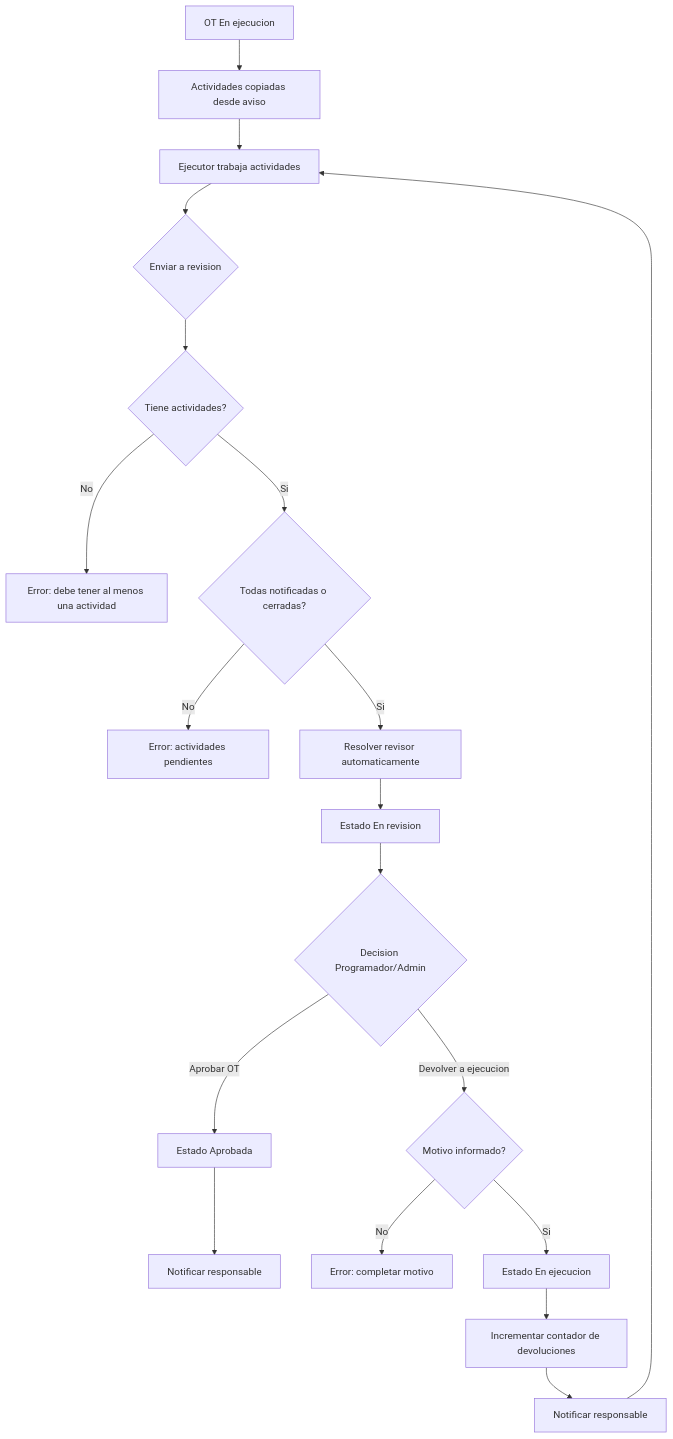
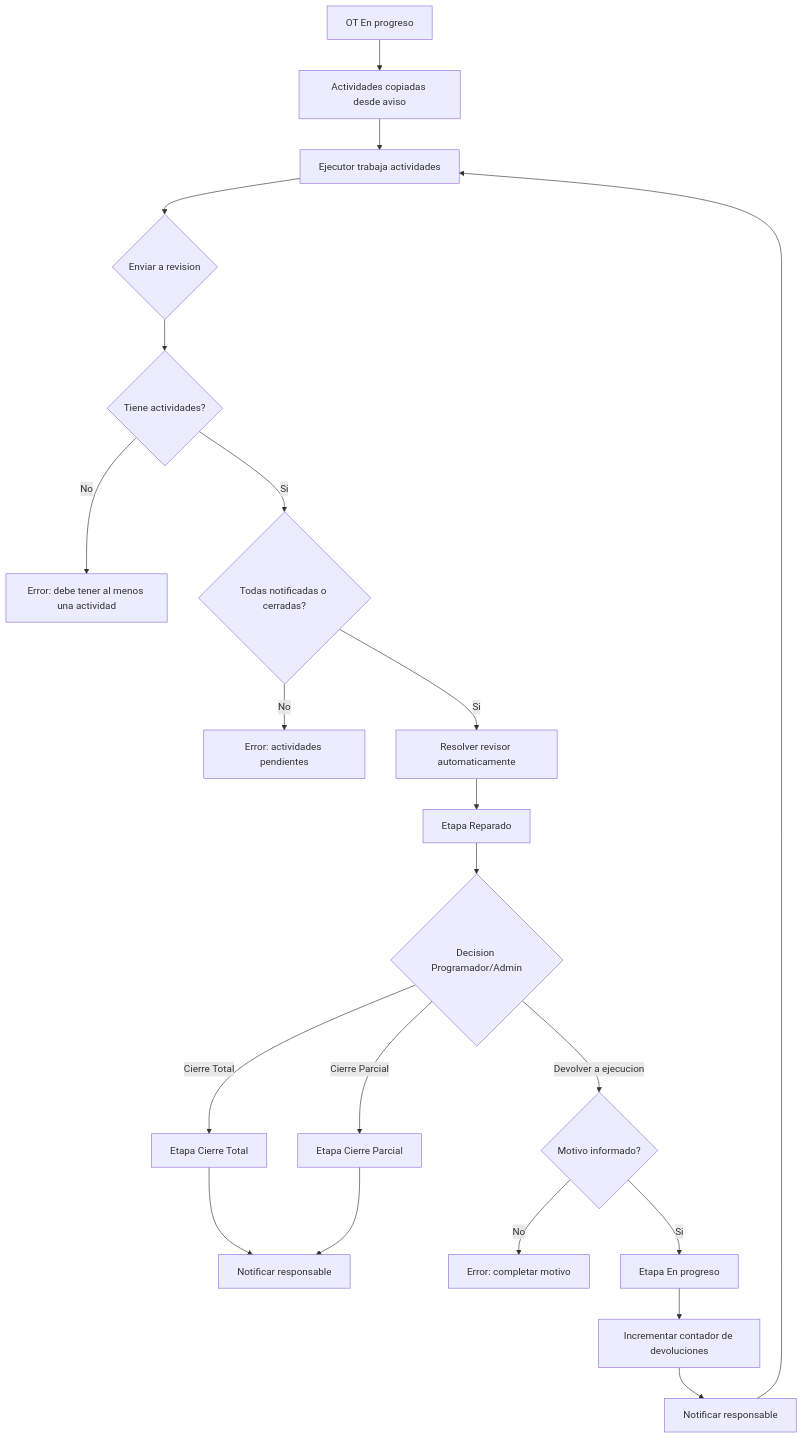
One commit to lbadilla2021/zmm_ajustes changed the sixth of 9 diagrams in docs_codex/diagramas_macro_por_tramo_mantenimiento.md. Above: the diagram before and after it, drawn with Mermaid. The commit also changed other lines of this file and 12 other files, not shown here.

````diff
--- a/docs_codex/diagramas_macro_por_tramo_mantenimiento.md
+++ b/docs_codex/diagramas_macro_por_tramo_mantenimiento.md
@@ -170,21 +170,23 @@
 ```mermaid
 flowchart TD
-    A["OT En ejecucion"] --> B["Actividades copiadas desde aviso"]
+    A["OT En progreso"] --> B["Actividades copiadas desde aviso"]
     B --> C["Ejecutor trabaja actividades"]
     C --> D{"Enviar a revision"}
     D --> E{"Tiene actividades?"}
     E -->|No| E1["Error: debe tener al menos una actividad"]
     E -->|Si| F{"Todas notificadas o cerradas?"}
     F -->|No| F1["Error: actividades pendientes"]
     F -->|Si| G["Resolver revisor automaticamente"]
-    G --> H["Estado En revision"]
+    G --> H["Etapa Reparado"]
     H --> I{"Decision Programador/Admin"}
-    I -->|Aprobar OT| J["Estado Aprobada"]
+    I -->|Cierre Total| J["Etapa Cierre Total"]
+    I -->|Cierre Parcial| J2["Etapa Cierre Parcial"]
     J --> K["Notificar responsable"]
+    J2 --> K
     I -->|Devolver a ejecucion| L{"Motivo informado?"}
     L -->|No| L1["Error: completar motivo"]
-    L -->|Si| M["Estado En ejecucion"]
+    L -->|Si| M["Etapa En progreso"]
     M --> N["Incrementar contador de devoluciones"]
     N --> O["Notificar responsable"]
     O --> C
 ```
````
